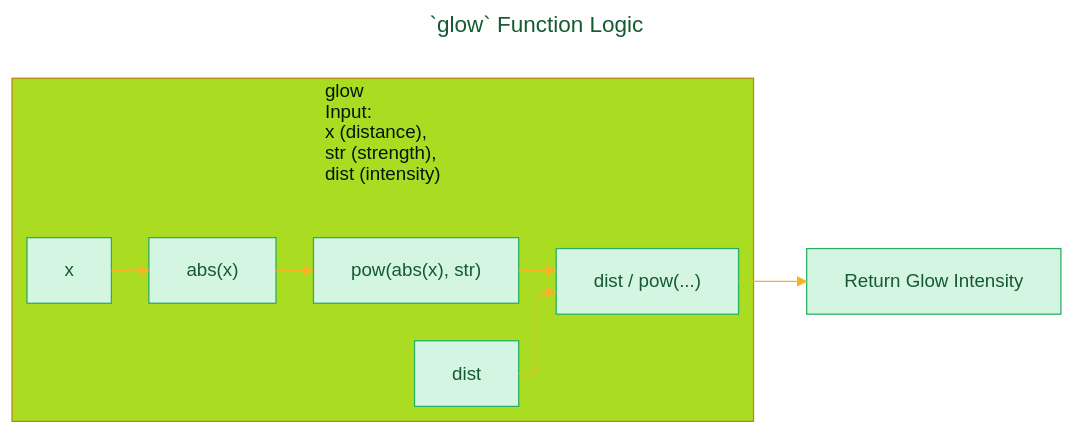
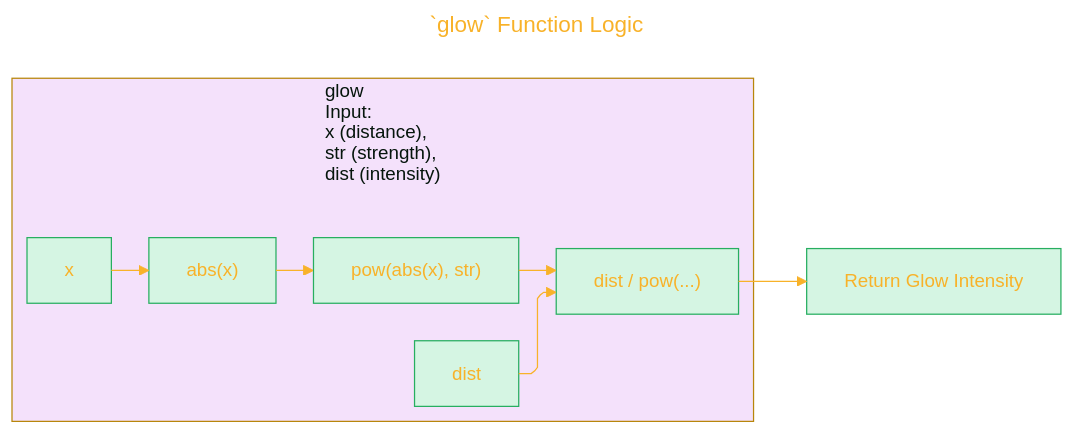
One commit to CongLeSolutionX/Harmonic_Shaders changed the fifth of 9 diagrams in DOCUMENTATION_Draft_1.md. Above: the diagram before and after it, drawn with Mermaid. The commit also changed other lines of this file, not shown here.

````diff
--- a/DOCUMENTATION_Draft_1.md
+++ b/DOCUMENTATION_Draft_1.md
@@ -321,42 +321,42 @@
 ```mermaid
 ---
 title: "`glow` Function Logic"
 author: "Cong Le"
 version: "1.0"
 license(s): "MIT, CC BY 4.0"
 copyright: "Copyright (c) 2025 Cong Le. All Rights Reserved."
 config:
   layout: elk
   theme: base
 ---
 %%%%%%%% Mermaid version v11.4.1-b.14
 %%%%%%%% Available curve styles include the following keywords:
 %% basis, bumpX, bumpY, cardinal, catmullRom, linear, monotoneX, monotoneY, natural, step, stepAfter, stepBefore.
 %%{
   init: {
     'flowchart': { 'htmlLabels': false, 'curve': 'linear' },
     'fontFamily': 'Monaco',
     'themeVariables': {
       'primaryColor': '#D5F5E3',
-      'primaryTextColor': '#145A32',
+      'primaryTextColor': '#F8B229',
       'lineColor': '#F8B229',
       'primaryBorderColor': '#27AE60',
       'secondaryColor': '#EBDEF0',
       'secondaryTextColor': '#6C3483',
       'secondaryBorderColor': '#A569BD',
       'fontSize': '15px'
     }
   }
 }%%
 graph LR
     subgraph glow["glow<br/>Input:<br/> x (distance),<br/> str (strength),<br/> dist (intensity)"]
         A[x] --> Absolute["abs(x)"]
         Absolute --> Power["pow(abs(x), str)"]
         B[dist] --> Division["dist / pow(...)"]
         Power --> Division
     end
     Division --> Output["Return Glow Intensity"]
 
-    style glow fill:#ad2,stroke:#b8860b
+    style glow fill:#a2d2,stroke:#b8860b
     
 ```
````
